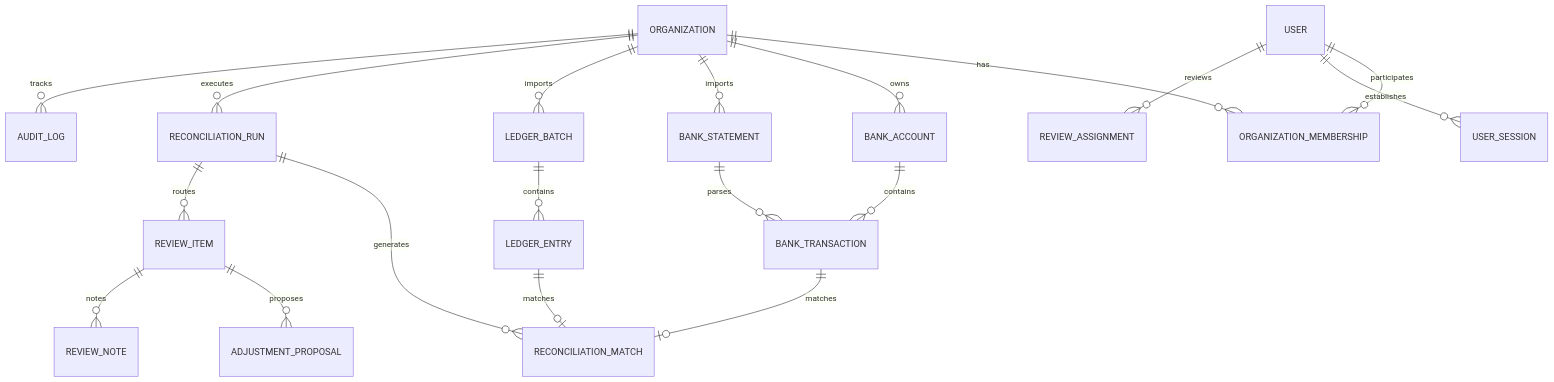
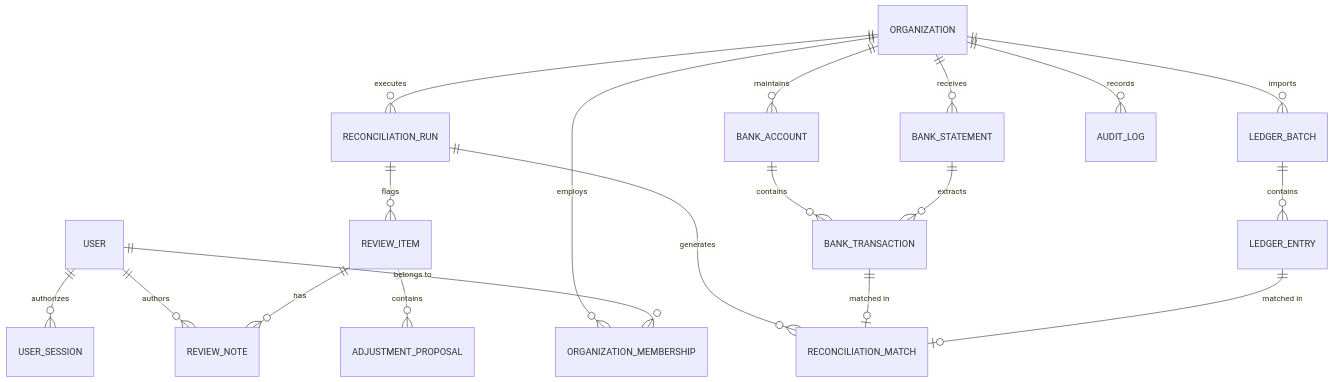
One commit to Surendra571/FinBridge changed the sixth of 6 diagrams in README.md. Above: the diagram before and after it, drawn with Mermaid. The commit also changed other lines of this file, not shown here.

Commit message:
docs: add comprehensive engineering and architecture README.md

````diff
--- a/README.md
+++ b/README.md
@@ -100,27 +569,27 @@
 ```mermaid
 erDiagram
-    ORGANIZATION ||--o{ ORGANIZATION_MEMBERSHIP : has
-    ORGANIZATION ||--o{ BANK_ACCOUNT : owns
-    ORGANIZATION ||--o{ BANK_STATEMENT : imports
-    ORGANIZATION ||--o{ LEDGER_BATCH : imports
-    ORGANIZATION ||--o{ RECONCILIATION_RUN : executes
-    ORGANIZATION ||--o{ AUDIT_LOG : tracks
+    ORGANIZATION ||--o{ ORGANIZATION_MEMBERSHIP : "employs"
+    ORGANIZATION ||--o{ BANK_ACCOUNT : "maintains"
+    ORGANIZATION ||--o{ BANK_STATEMENT : "receives"
+    ORGANIZATION ||--o{ LEDGER_BATCH : "imports"
+    ORGANIZATION ||--o{ RECONCILIATION_RUN : "executes"
+    ORGANIZATION ||--o{ AUDIT_LOG : "records"
 
-    USER ||--o{ ORGANIZATION_MEMBERSHIP : participates
-    USER ||--o{ USER_SESSION : establishes
-    USER ||--o{ REVIEW_ASSIGNMENT : reviews
+    USER ||--o{ ORGANIZATION_MEMBERSHIP : "belongs to"
+    USER ||--o{ USER_SESSION : "authorizes"
+    USER ||--o{ REVIEW_NOTE : "authors"
 
-    BANK_ACCOUNT ||--o{ BANK_TRANSACTION : contains
-    BANK_STATEMENT ||--o{ BANK_TRANSACTION : parses
+    BANK_ACCOUNT ||--o{ BANK_TRANSACTION : "contains"
+    BANK_STATEMENT ||--o{ BANK_TRANSACTION : "extracts"
 
-    LEDGER_BATCH ||--o{ LEDGER_ENTRY : contains
+    LEDGER_BATCH ||--o{ LEDGER_ENTRY : "contains"
 
-    RECONCILIATION_RUN ||--o{ RECONCILIATION_MATCH : generates
-    RECONCILIATION_RUN ||--o{ REVIEW_ITEM : routes
+    RECONCILIATION_RUN ||--o{ RECONCILIATION_MATCH : "generates"
+    RECONCILIATION_RUN ||--o{ REVIEW_ITEM : "flags"
 
-    BANK_TRANSACTION ||--o| RECONCILIATION_MATCH : matches
-    LEDGER_ENTRY ||--o| RECONCILIATION_MATCH : matches
+    BANK_TRANSACTION ||--o| RECONCILIATION_MATCH : "matched in"
+    LEDGER_ENTRY ||--o| RECONCILIATION_MATCH : "matched in"
 
-    REVIEW_ITEM ||--o{ ADJUSTMENT_PROPOSAL : proposes
-    REVIEW_ITEM ||--o{ REVIEW_NOTE : notes
+    REVIEW_ITEM ||--o{ ADJUSTMENT_PROPOSAL : "contains"
+    REVIEW_ITEM ||--o{ REVIEW_NOTE : "has"
 ```
````
